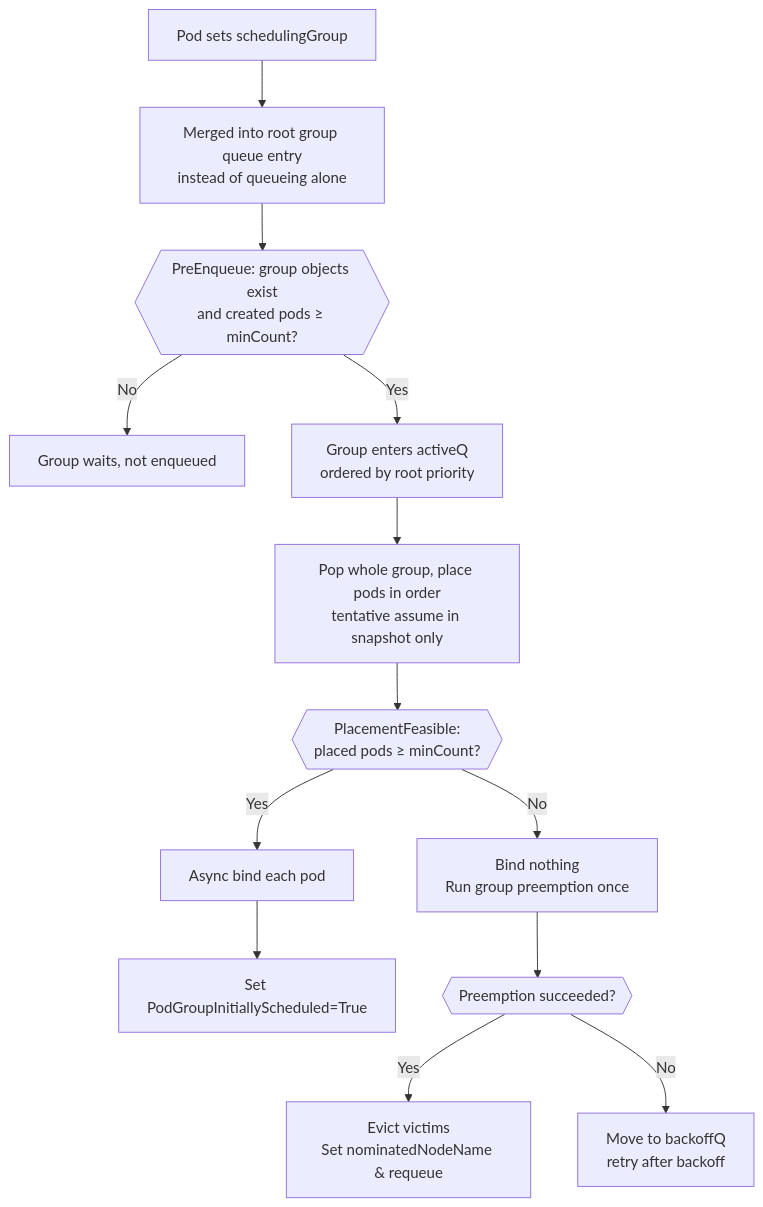
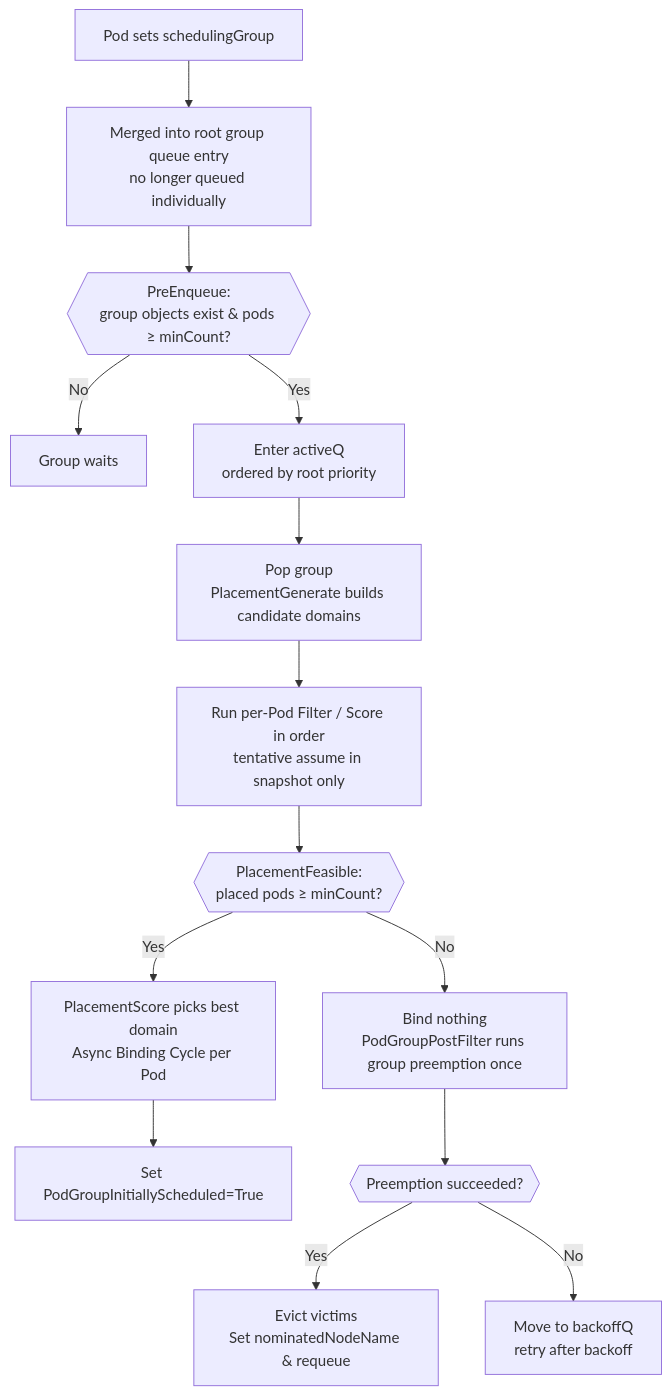
Before and after one commit to JesseStutler/volcano: the third of 11 diagrams in docs/research/k8s-workload-aware-scheduling-vs-volcano.md, drawn with Mermaid. The commit also changed other lines of this file and 1 other file, not shown here.

First line of the commit message:
docs: tighten report for sharing and add single-Pod vs PodGroup flow

````diff
--- a/docs/research/k8s-workload-aware-scheduling-vs-volcano.md
+++ b/docs/research/k8s-workload-aware-scheduling-vs-volcano.md
@@ -146,15 +137,16 @@
 ```mermaid
 flowchart TD
-    A["Pod sets schedulingGroup"] --> B["Merged into root group queue entry<br/>instead of queueing alone"]
-    B --> C{{"PreEnqueue: group objects exist<br/>and created pods ≥ minCount?"}}
-    C -- No --> D["Group waits, not enqueued"]
-    C -- Yes --> E["Group enters activeQ<br/>ordered by root priority"]
-    E --> F["Pop whole group, place pods in order<br/>tentative assume in snapshot only"]
-    F --> G{{"PlacementFeasible:<br/>placed pods ≥ minCount?"}}
-    G -- Yes --> H["Async bind each pod"]
-    H --> I["Set PodGroupInitiallyScheduled=True"]
-    G -- No --> J["Bind nothing<br/>Run group preemption once"]
-    J --> K{{"Preemption succeeded?"}}
-    K -- Yes --> L["Evict victims<br/>Set nominatedNodeName & requeue"]
-    K -- No --> M["Move to backoffQ<br/>retry after backoff"]
+    A["Pod sets schedulingGroup"] --> B["Merged into root group queue entry<br/>no longer queued individually"]
+    B --> C{{"PreEnqueue:<br/>group objects exist & pods ≥ minCount?"}}
+    C -- No --> D["Group waits"]
+    C -- Yes --> E["Enter activeQ<br/>ordered by root priority"]
+    E --> F["Pop group<br/>PlacementGenerate builds candidate domains"]
+    F --> G["Run per-Pod Filter / Score in order<br/>tentative assume in snapshot only"]
+    G --> H{{"PlacementFeasible:<br/>placed pods ≥ minCount?"}}
+    H -- Yes --> I["PlacementScore picks best domain<br/>Async Binding Cycle per Pod"]
+    I --> J["Set PodGroupInitiallyScheduled=True"]
+    H -- No --> K["Bind nothing<br/>PodGroupPostFilter runs group preemption once"]
+    K --> L{{"Preemption succeeded?"}}
+    L -- Yes --> M["Evict victims<br/>Set nominatedNodeName & requeue"]
+    L -- No --> N["Move to backoffQ<br/>retry after backoff"]
 ```
````
